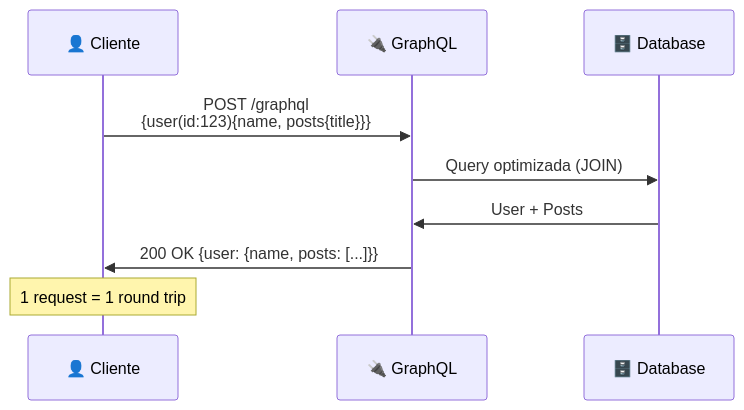
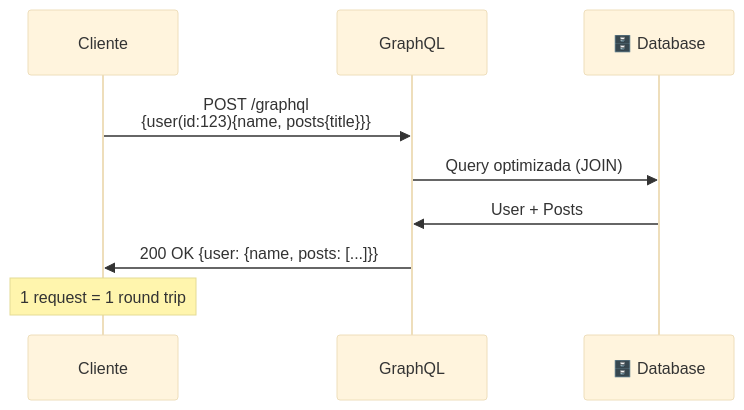
The seventh of 10 diagrams in courses/🟡-development/FPUNA-2026/01-DESARROLLO-SOFTWARE/01-arquitectura-software.md (Ai-Whisperers/Courses-Content), drawn with Mermaid before and after one commit. The commit also changed other lines of this file and 47 other files, not shown here.

First line of the commit message:
fix: Make all 473 diagrams WCAG AAA accessible (FPUNA-2026)

````diff
--- a/courses/🟡-development/FPUNA-2026/01-DESARROLLO-SOFTWARE/01-arquitectura-software.md
+++ b/courses/🟡-development/FPUNA-2026/01-DESARROLLO-SOFTWARE/01-arquitectura-software.md
@@ -284,13 +290,14 @@
 ```mermaid
+%%{init: {'theme':'base', 'themeVariables': {'fontSize':'18px'}}}%%
 sequenceDiagram
-    participant C as 👤 Cliente
-    participant G as 🔌 GraphQL
+    participant C as Cliente
+    participant G as GraphQL
     participant D as 🗄️ Database
     
     C->>G: POST /graphql<br/>{user(id:123){name, posts{title}}}
     G->>D: Query optimizada (JOIN)
     D->>G: User + Posts
     G->>C: 200 OK {user: {name, posts: [...]}}
     
     Note over C: 1 request = 1 round trip
 ```
````
